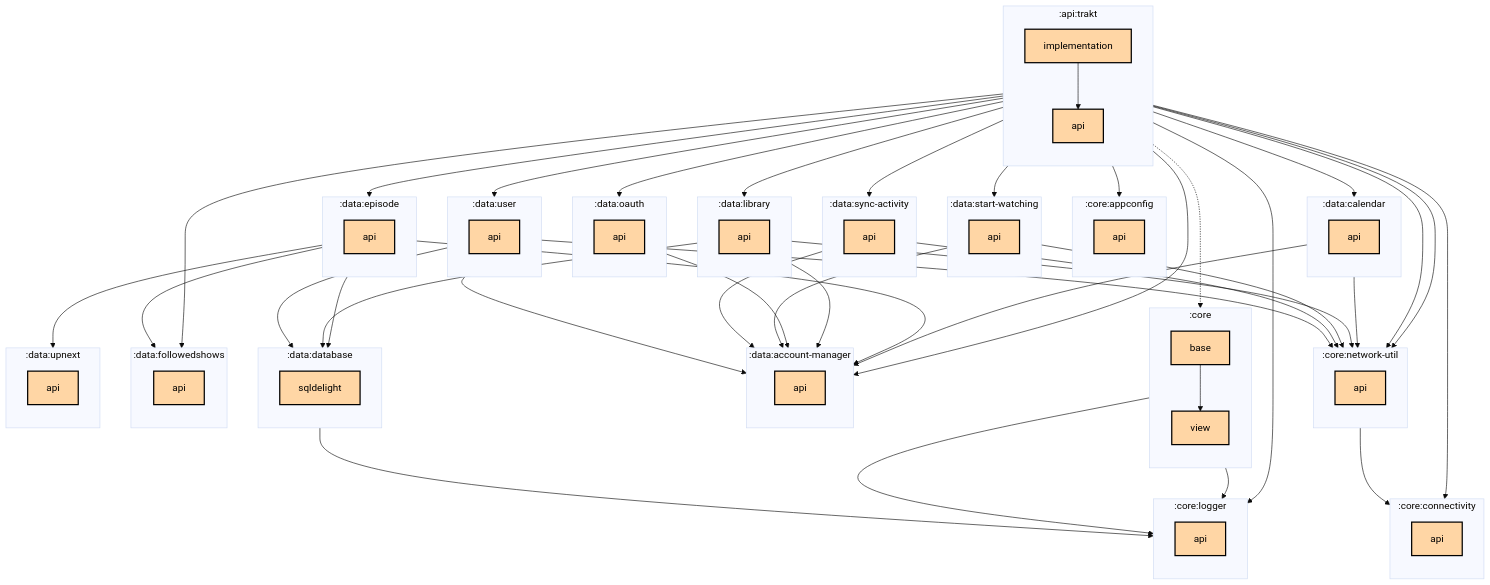
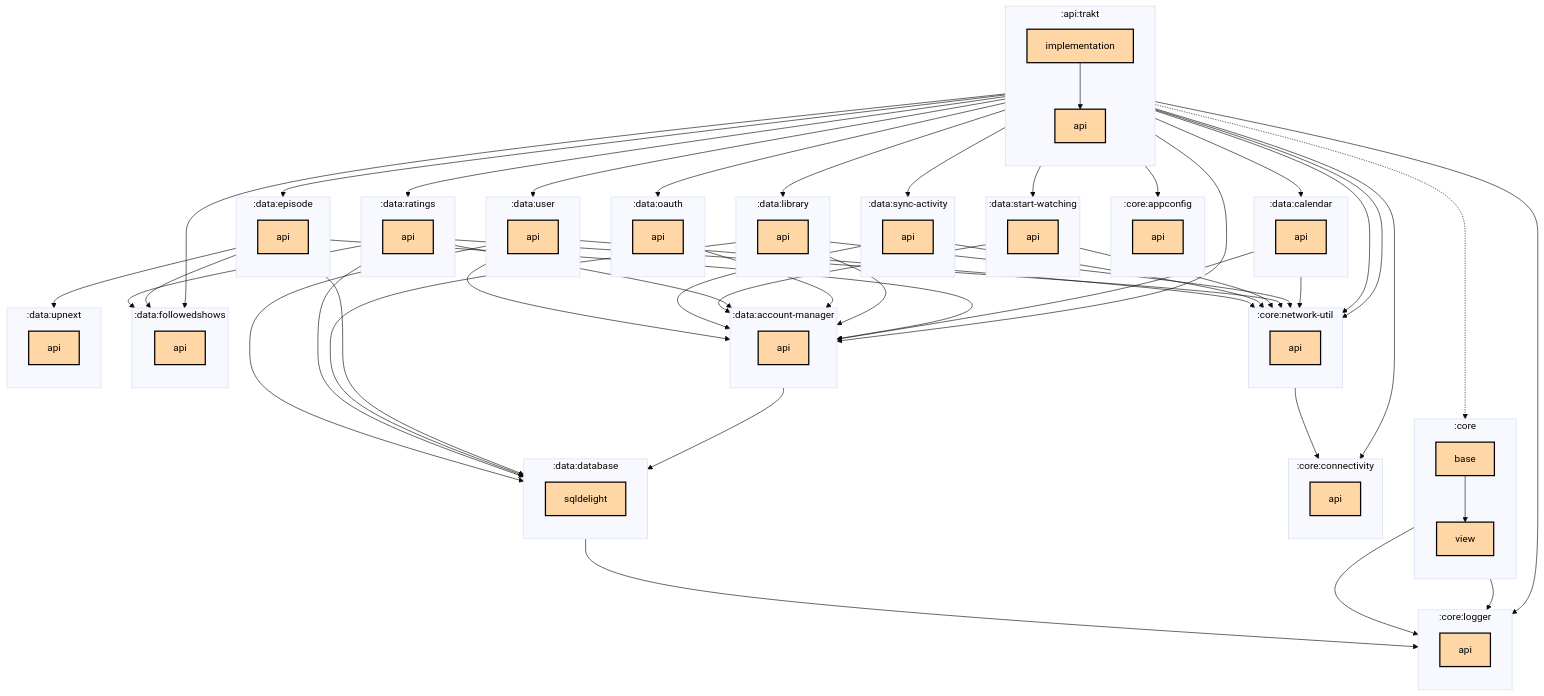
One commit to thomaskioko/tv-maniac changed the first of 2 diagrams in api/trakt/implementation/README.md. Above: the diagram before and after it, drawn with Mermaid (base theme). The commit also changed 105 other files, not shown here.

Commit message:
🤖 Update module graphs

```diff
--- a/api/trakt/implementation/README.md
+++ b/api/trakt/implementation/README.md
@@ -59,6 +59,10 @@
     direction TB
     :data:oauth:api[api]:::multiplatform
   end
+  subgraph :data:ratings
+    direction TB
+    :data:ratings:api[api]:::multiplatform
+  end
   subgraph :data:start-watching
     direction TB
     :data:start-watching:api[api]:::multiplatform
@@ -89,6 +93,7 @@
   :api:trakt:implementation --> :data:followedshows:api
   :api:trakt:implementation --> :data:library:api
   :api:trakt:implementation --> :data:oauth:api
+  :api:trakt:implementation --> :data:ratings:api
   :api:trakt:implementation --> :data:start-watching:api
   :api:trakt:implementation --> :data:sync-activity:api
   :api:trakt:implementation --> :data:user:api
@@ -96,6 +101,7 @@
   :core:base --> :core:view
   :core:network-util:api --> :core:connectivity:api
   :core:view --> :core:logger:api
+  :data:account-manager:api --> :data:database:sqldelight
   :data:calendar:api --> :core:network-util:api
   :data:calendar:api --> :data:account-manager:api
   :data:database:sqldelight --> :core:logger:api
@@ -107,6 +113,10 @@
   :data:library:api --> :data:account-manager:api
   :data:library:api --> :data:database:sqldelight
   :data:oauth:api --> :data:account-manager:api
+  :data:ratings:api --> :core:network-util:api
+  :data:ratings:api --> :data:account-manager:api
+  :data:ratings:api --> :data:database:sqldelight
+  :data:ratings:api --> :data:followedshows:api
   :data:start-watching:api --> :core:network-util:api
   :data:start-watching:api --> :data:account-manager:api
   :data:sync-activity:api --> :core:network-util:api
```
